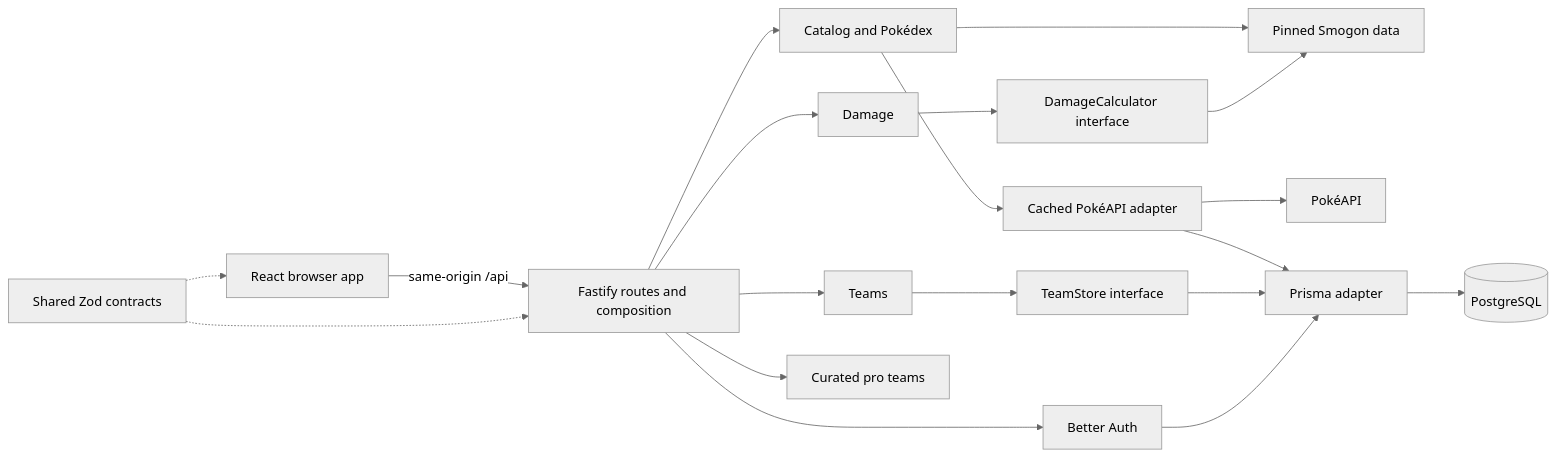
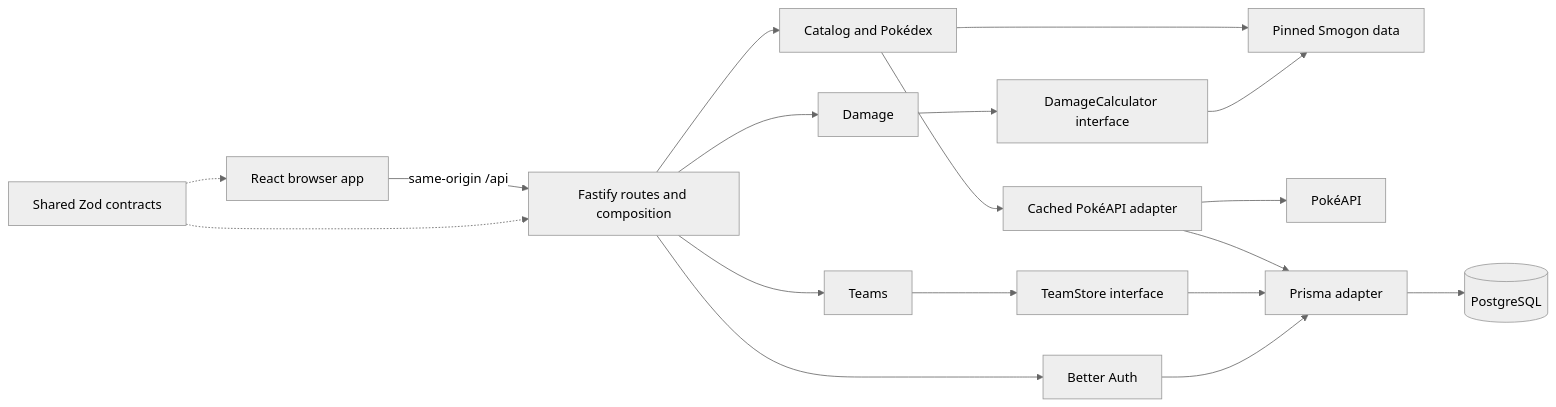
The diagram in docs/architecture/architecture.md (jcaballero90/pokemon-tools), drawn with Mermaid (neutral theme) before and after one commit. The commit also changed other lines of this file and 20 other files, not shown here.

First line of the commit message:
Refactor documentation and remove pro teams feature

````diff
--- a/docs/architecture/architecture.md
+++ b/docs/architecture/architecture.md
@@ -21,21 +21,20 @@
 ```mermaid
 flowchart LR
   Browser[React browser app] -->|same-origin /api| Routes[Fastify routes and composition]
   Contracts[Shared Zod contracts] -.-> Browser
   Contracts -.-> Routes
   Routes --> Catalog[Catalog and Pokédex]
   Routes --> Damage[Damage]
   Routes --> Teams[Teams]
-  Routes --> Pro[Curated pro teams]
   Routes --> Auth[Better Auth]
   Catalog --> Calc[Pinned Smogon data]
   Damage --> DPort[DamageCalculator interface]
   DPort --> Calc
   Catalog --> Poke[Cached PokéAPI adapter]
   Poke --> External[PokéAPI]
   Poke --> Prisma[Prisma adapter]
   Teams --> TPort[TeamStore interface]
   TPort --> Prisma
   Auth --> Prisma
   Prisma --> DB[(PostgreSQL)]
 ```
````
